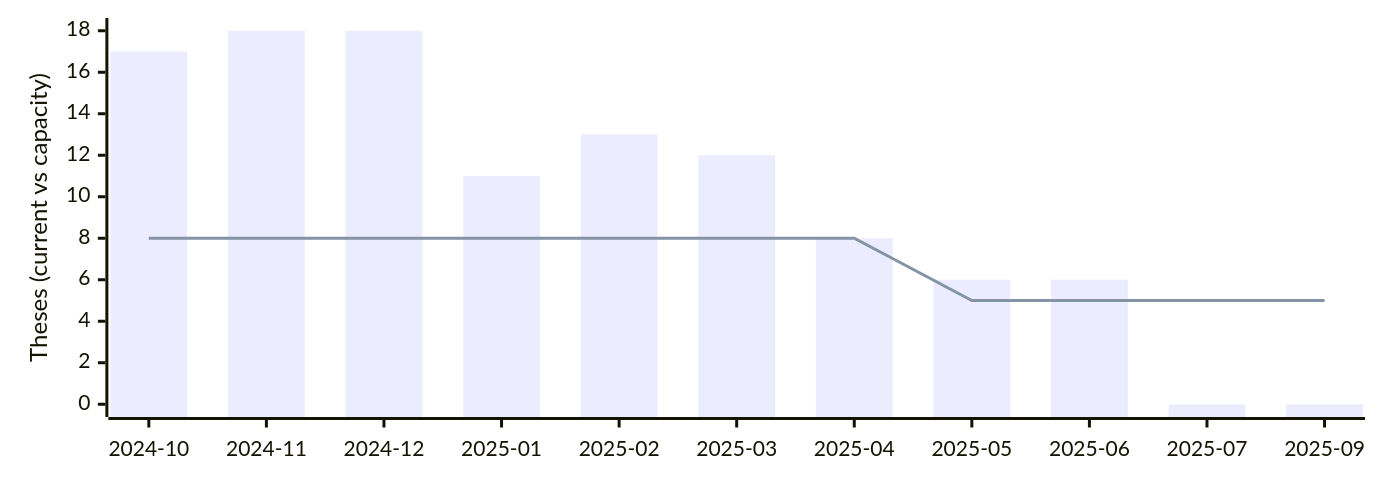
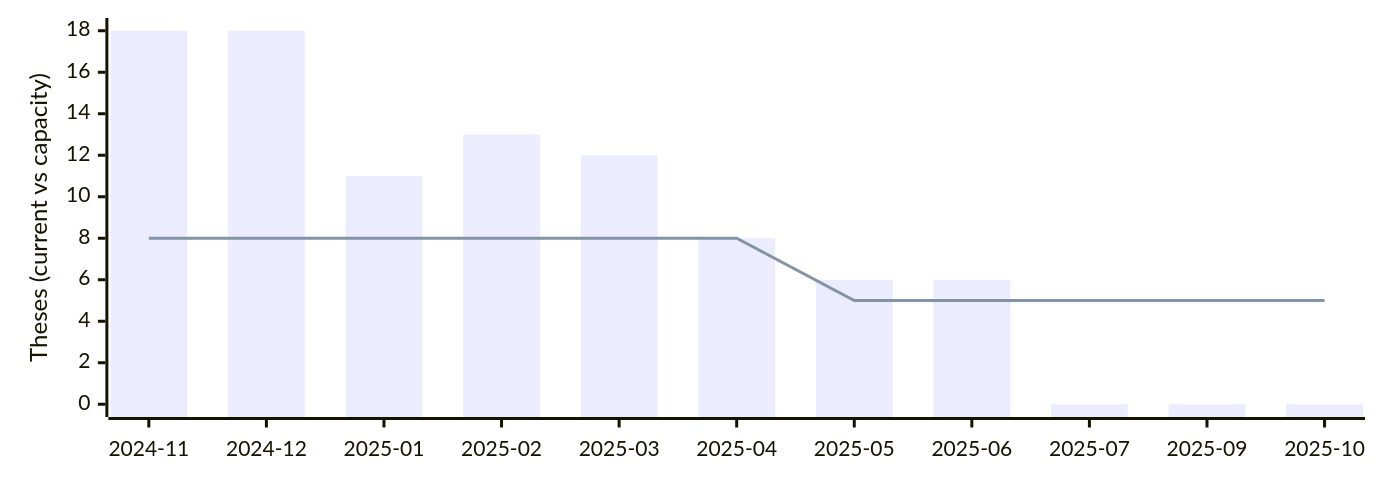
The diagram in _includes/availability.md (digital-work-lab/theses), drawn with Mermaid before and after one commit.

Commit message:
Update availability chart

````diff
--- a/_includes/availability.md
+++ b/_includes/availability.md
@@ -2,13 +2,13 @@
 ```mermaid
 ---
 config:
     xyChart:
         width: 900
         height: 300
 ---
 xychart-beta
-    x-axis [2024-10, 2024-11, 2024-12, 2025-01, 2025-02, 2025-03, 2025-04, 2025-05, 2025-06, 2025-07, 2025-09]
+    x-axis [2024-11, 2024-12, 2025-01, 2025-02, 2025-03, 2025-04, 2025-05, 2025-06, 2025-07, 2025-09, 2025-10]
     y-axis "Theses (current vs capacity)" 0 --> 18
-    bar [17, 18, 18, 11, 13, 12, 8, 6, 6, 0, 0]
-    line [8, 8, 8, 8, 8, 8, 8, 5, 5, 5, 5]
+    bar [18, 18, 11, 13, 12, 8, 6, 6, 0, 0, 0]
+    line [8, 8, 8, 8, 8, 8, 5, 5, 5, 5, 5]
 ```
````
